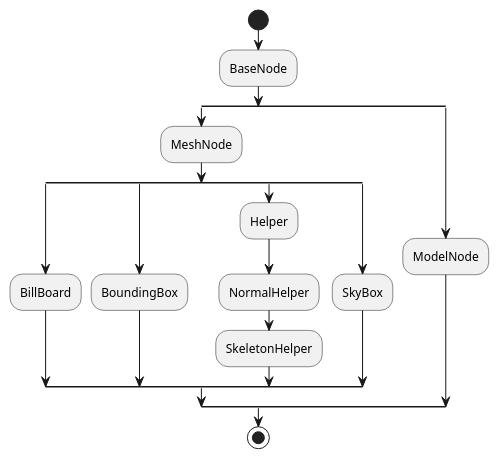
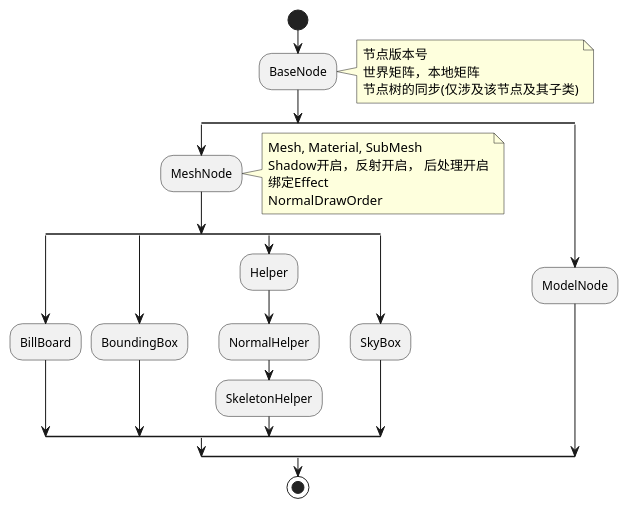
Before and after one commit to YoJitaku/knowledgeRepository: the diagram in UML/Bowell/Engine/CreatorCore/Node.pu, drawn with PlantUML. The commit also changed 4 other files, not shown here.

```diff
--- a/UML/Bowell/Engine/CreatorCore/Node.pu
+++ b/UML/Bowell/Engine/CreatorCore/Node.pu
@@ -1,21 +1,32 @@
 @startuml Node
 start
 :BaseNode;
+note right
+节点版本号
+世界矩阵，本地矩阵
+节点树的同步(仅涉及该节点及其子类)
+endnote
 split
 :MeshNode;
+note right
+Mesh, Material, SubMesh
+Shadow开启，反射开启， 后处理开启
+绑定Effect
+NormalDrawOrder
+endnote
 split
 :BillBoard;
 split again
 :BoundingBox;
 split again
 :Helper;
 :NormalHelper;
 :SkeletonHelper;
 split again
 :SkyBox;
 endsplit
 split again
 :ModelNode;
 endsplit
 stop
 @enduml
```
